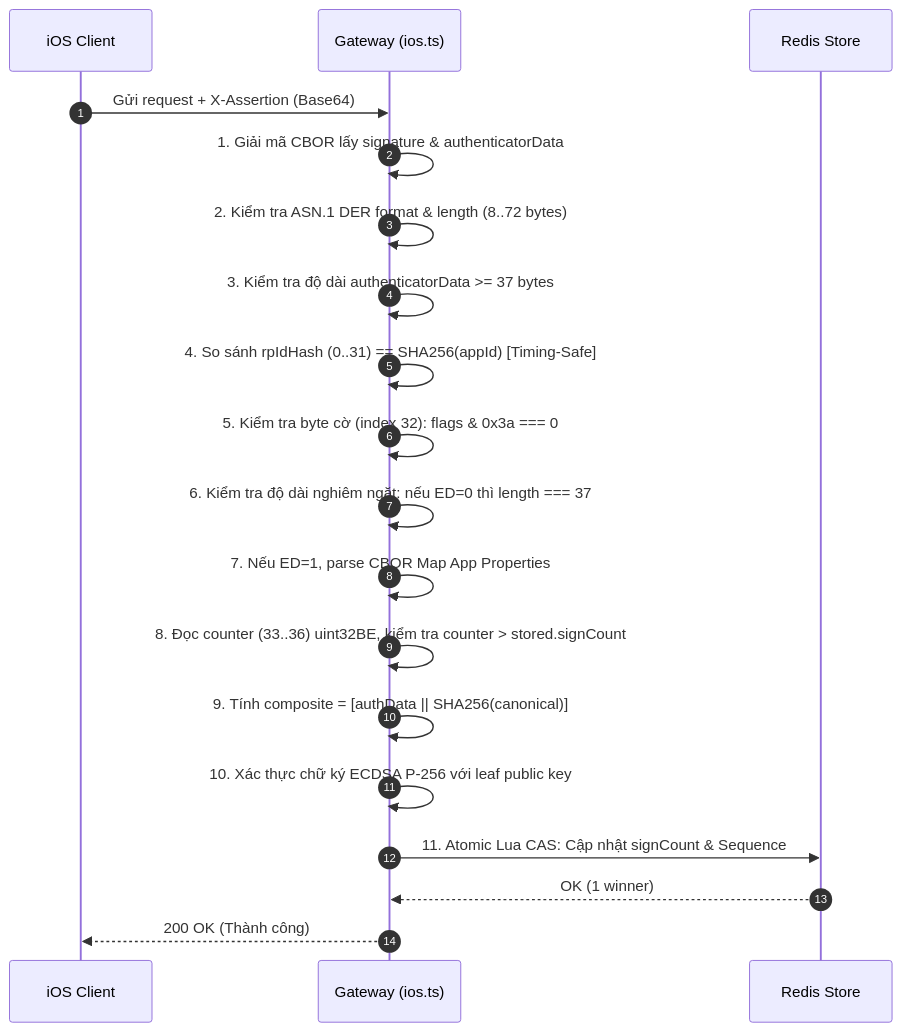
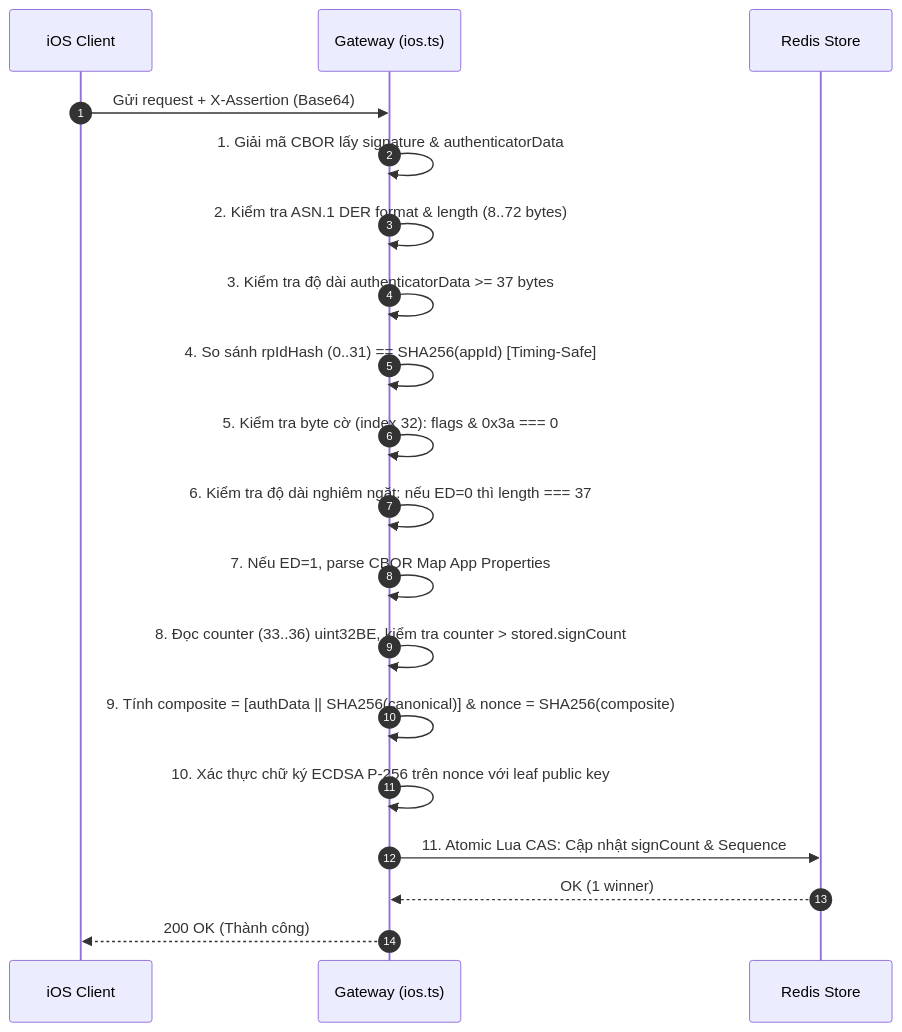
Before and after one commit to hungvvinfinity/Node-Secure-API: the second of 2 diagrams in docs/IOS_REQUEST_VERIFICATION_SPEC.md, drawn with Mermaid. The commit also changed other lines of this file and 4 other files, not shown here.

````diff
--- a/docs/IOS_REQUEST_VERIFICATION_SPEC.md
+++ b/docs/IOS_REQUEST_VERIFICATION_SPEC.md
@@ -194,22 +195,22 @@
 ```mermaid
 sequenceDiagram
     autonumber
     participant Client as iOS Client
     participant Server as Gateway (ios.ts)
     participant Redis as Redis Store
 
     Client->>Server: Gửi request + X-Assertion (Base64)
     Server->>Server: 1. Giải mã CBOR lấy signature & authenticatorData
     Server->>Server: 2. Kiểm tra ASN.1 DER format & length (8..72 bytes)
     Server->>Server: 3. Kiểm tra độ dài authenticatorData >= 37 bytes
     Server->>Server: 4. So sánh rpIdHash (0..31) == SHA256(appId) [Timing-Safe]
     Server->>Server: 5. Kiểm tra byte cờ (index 32): flags & 0x3a === 0
     Server->>Server: 6. Kiểm tra độ dài nghiêm ngặt: nếu ED=0 thì length === 37
     Server->>Server: 7. Nếu ED=1, parse CBOR Map App Properties
     Server->>Server: 8. Đọc counter (33..36) uint32BE, kiểm tra counter > stored.signCount
-    Server->>Server: 9. Tính composite = [authData || SHA256(canonical)]
-    Server->>Server: 10. Xác thực chữ ký ECDSA P-256 với leaf public key
+    Server->>Server: 9. Tính composite = [authData || SHA256(canonical)] & nonce = SHA256(composite)
+    Server->>Server: 10. Xác thực chữ ký ECDSA P-256 trên nonce với leaf public key
     Server->>Redis: 11. Atomic Lua CAS: Cập nhật signCount & Sequence
     Redis-->>Server: OK (1 winner)
     Server-->>Client: 200 OK (Thành công)
 ```
````
